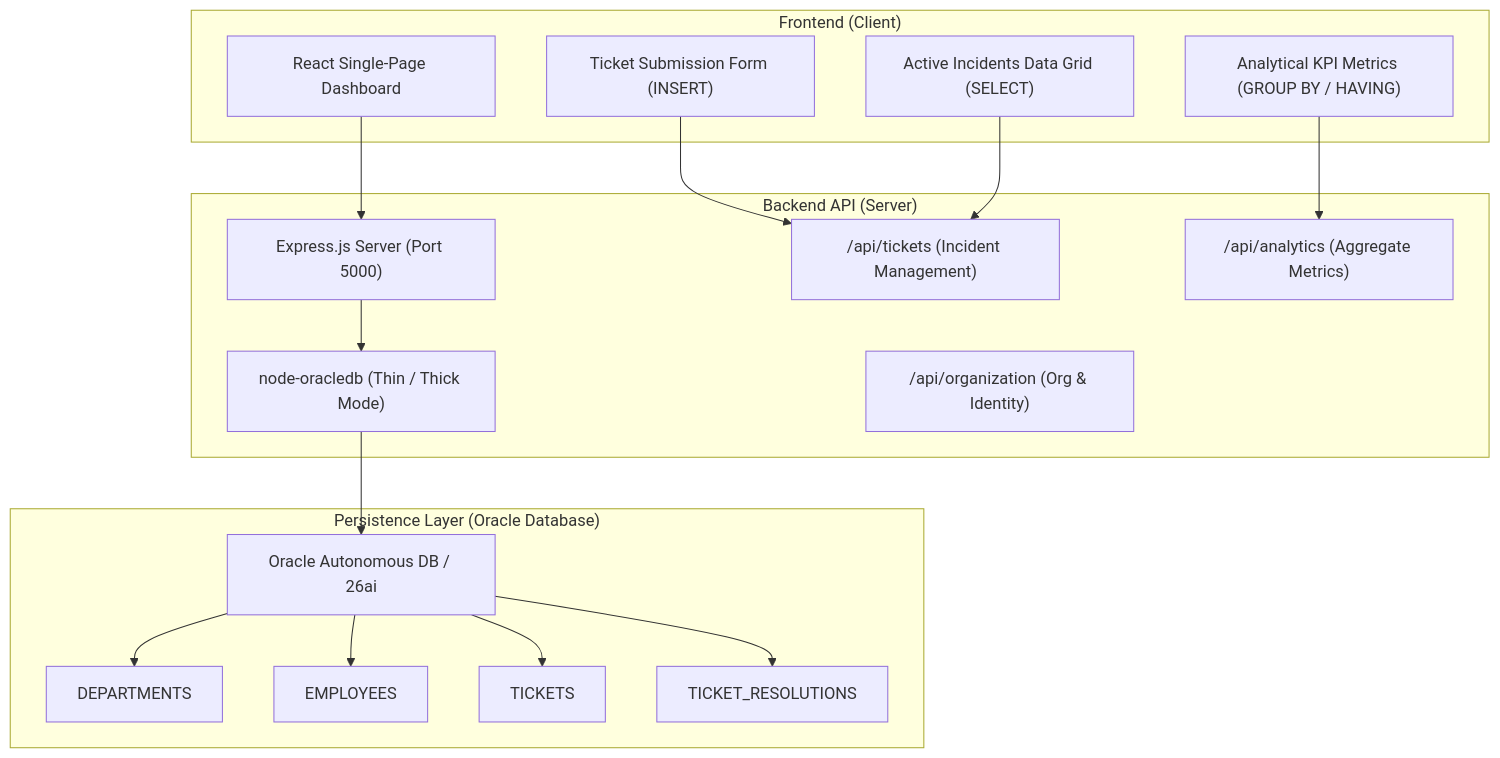
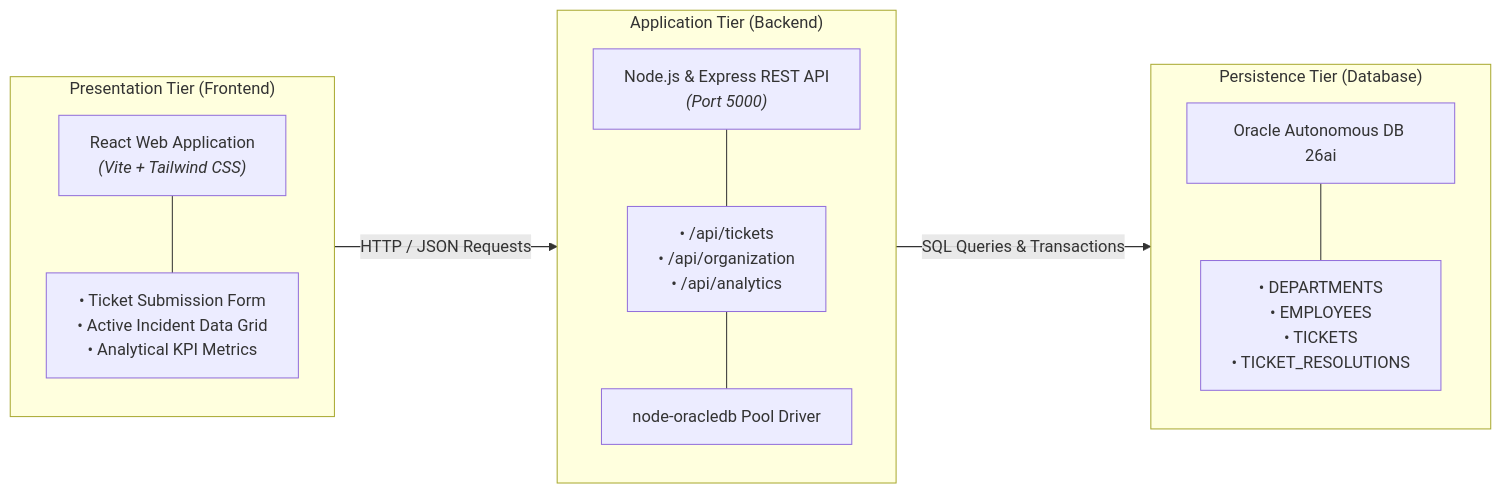
One commit to ArnavGoel77/ticketing-system changed the first of 2 diagrams in README.md. Above: the diagram before and after it, drawn with Mermaid. The commit also changed other lines of this file, not shown here.

Commit message:
Update course title to Database Systems, remove course code, and clean up flowcharts

````diff
--- a/README.md
+++ b/README.md
@@ -19,33 +19,28 @@
 ```mermaid
-flowchart TD
-    subgraph Frontend ["Frontend (Client)"]
-        UI["React Single-Page Dashboard"]
-        Forms["Ticket Submission Form (INSERT)"]
-        Grid["Active Incidents Data Grid (SELECT)"]
-        Charts["Analytical KPI Metrics (GROUP BY / HAVING)"]
+flowchart LR
+    subgraph ClientTier ["Presentation Tier (Frontend)"]
+        direction TB
+        UI["React Web Application<br/><i>(Vite + Tailwind CSS)</i>"]
+        Features["&bull; Ticket Submission Form<br/>&bull; Active Incident Data Grid<br/>&bull; Analytical KPI Metrics"]
+        UI --- Features
     end
 
-    subgraph Backend ["Backend API (Server)"]
-        Express["Express.js Server (Port 5000)"]
-        Driver["node-oracledb (Thin / Thick Mode)"]
-        Routes1["/api/tickets (Incident Management)"]
-        Routes2["/api/organization (Org & Identity)"]
-        Routes3["/api/analytics (Aggregate Metrics)"]
+    subgraph APITier ["Application Tier (Backend)"]
+        direction TB
+        API["Node.js & Express REST API<br/><i>(Port 5000)</i>"]
+        Endpoints["&bull; /api/tickets<br/>&bull; /api/organization<br/>&bull; /api/analytics"]
+        Driver["node-oracledb Pool Driver"]
+        API --- Endpoints
+        Endpoints --- Driver
     end
 
-    subgraph Database ["Persistence Layer (Oracle Database)"]
-        Oracle["Oracle Autonomous DB / 26ai"]
-        T1["DEPARTMENTS"]
-        T2["EMPLOYEES"]
-        T3["TICKETS"]
-        T4["TICKET_RESOLUTIONS"]
+    subgraph DBTier ["Persistence Tier (Database)"]
+        direction TB
+        Oracle["Oracle Autonomous DB 26ai"]
+        Schema["&bull; DEPARTMENTS<br/>&bull; EMPLOYEES<br/>&bull; TICKETS<br/>&bull; TICKET_RESOLUTIONS"]
+        Oracle --- Schema
     end
 
-    UI --> Express
-    Forms --> Routes1
-    Grid --> Routes1
-    Charts --> Routes3
-    Express --> Driver
-    Driver --> Oracle
-    Oracle --> T1 & T2 & T3 & T4
+    ClientTier -->|HTTP / JSON Requests| APITier
+    APITier -->|SQL Queries & Transactions| DBTier
 ```
````
